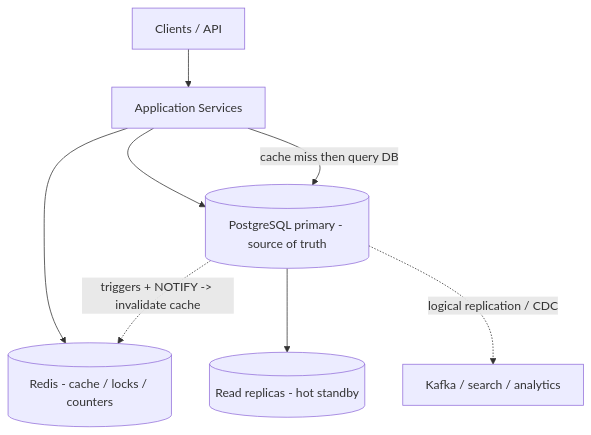
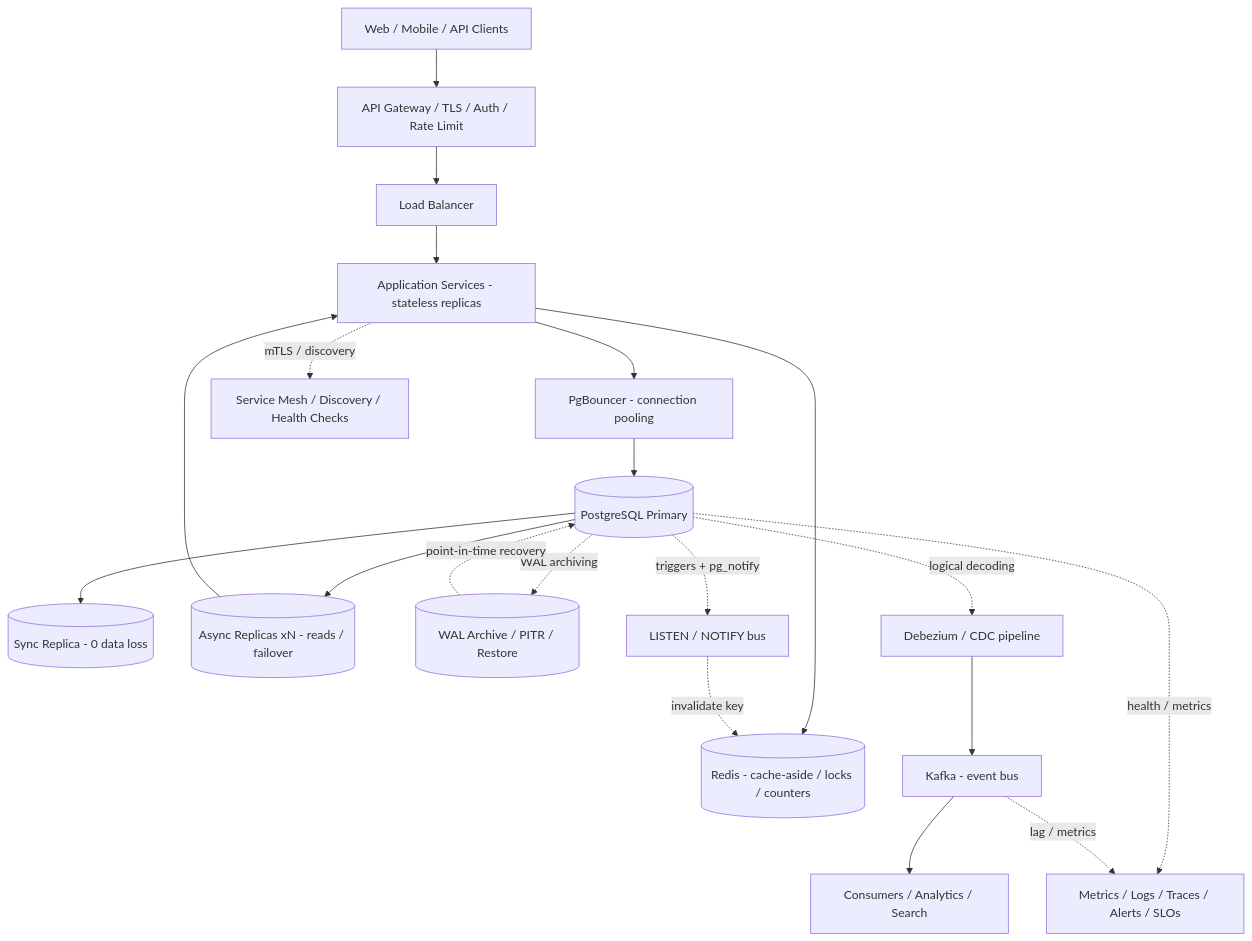
The diagram in postgresql-features.md (aishwary11/system-design), drawn with Mermaid before and after one commit. The commit also changed other lines of this file and 3 other files, not shown here.

First line of the commit message:
Upgrade feature-guide diagrams to production-grade mermaid

````diff
--- a/postgresql-features.md
+++ b/postgresql-features.md
@@ -9,10 +9,22 @@
 ```mermaid
 flowchart TB
-    clients["Clients / API"] --> app["Application Services"]
-    app --> cache[("Redis - cache / locks / counters")]
-    app --> db[("PostgreSQL primary - source of truth")]
-    db --> repl[("Read replicas - hot standby")]
-    app -- "cache miss then query DB" --> db
-    db -. "triggers + NOTIFY -> invalidate cache" .-> cache
-    db -. "logical replication / CDC" .-> kafka["Kafka / search / analytics"]
+    clients["Web / Mobile / API Clients"] --> edge["API Gateway / TLS / Auth / Rate Limit"]
+    edge --> lb["Load Balancer"]
+    lb --> svc["Application Services - stateless replicas"]
+    svc --> cache[("Redis - cache-aside / locks / counters")]
+    svc --> pool["PgBouncer - connection pooling"]
+    pool --> pg[("PostgreSQL Primary")]
+    pg --> syncRep[("Sync Replica - 0 data loss")]
+    pg --> asyncRep[("Async Replicas xN - reads / failover")]
+    asyncRep --> svc
+    pg -. "WAL archiving" .-> wal[("WAL Archive / PITR / Restore")]
+    pg -. "triggers + pg_notify" .-> notify["LISTEN / NOTIFY bus"]
+    notify -. "invalidate key" .-> cache
+    pg -. "logical decoding" .-> cdc["Debezium / CDC pipeline"]
+    cdc --> kafka["Kafka - event bus"]
+    kafka --> consumers["Consumers / Analytics / Search"]
+    pg -. "health / metrics" .-> ops["Metrics / Logs / Traces / Alerts / SLOs"]
+    kafka -. "lag / metrics" .-> ops
+    svc -. "mTLS / discovery" .-> platform["Service Mesh / Discovery / Health Checks"]
+    wal -. "point-in-time recovery" .-> pg
 ```
````
